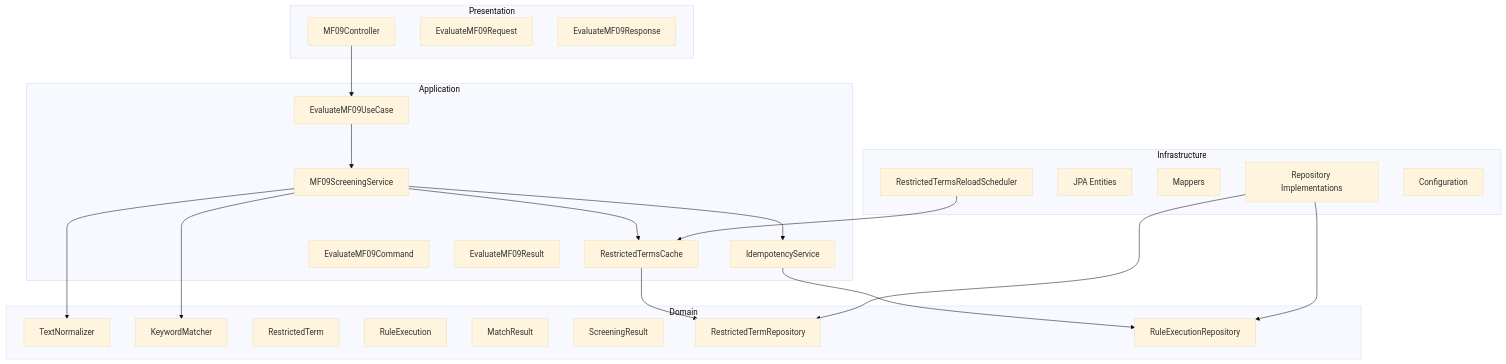
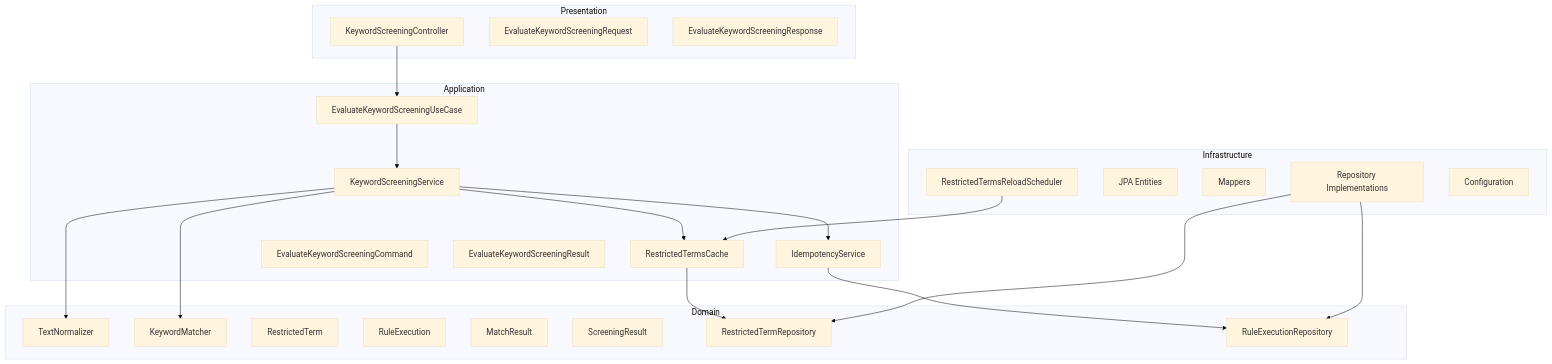
The second of 5 diagrams in .kiro/specs/mf09-keyword-screening/design.md (lemosanisio/keyword-screening), drawn with Mermaid (base theme) before and after one commit. The commit also changed other lines of this file and 246 other files, not shown here.

````diff
--- a/.kiro/specs/mf09-keyword-screening/design.md
+++ b/.kiro/specs/mf09-keyword-screening/design.md
@@ -43,48 +43,48 @@
 ```mermaid
 graph TD
     subgraph Presentation
-        CTRL[MF09Controller]
-        REQ[EvaluateMF09Request]
-        RESP[EvaluateMF09Response]
+        CTRL[KeywordScreeningController]
+        REQ[EvaluateKeywordScreeningRequest]
+        RESP[EvaluateKeywordScreeningResponse]
     end
 
     subgraph Application
-        UC[EvaluateMF09UseCase]
-        SVC[MF09ScreeningService]
+        UC[EvaluateKeywordScreeningUseCase]
+        SVC[KeywordScreeningService]
         IDEM[IdempotencyService]
         CACHE[RestrictedTermsCache]
-        CMD[EvaluateMF09Command]
-        RES[EvaluateMF09Result]
+        CMD[EvaluateKeywordScreeningCommand]
+        RES[EvaluateKeywordScreeningResult]
     end
 
     subgraph Domain
         NORM[TextNormalizer]
         MATCH[KeywordMatcher]
         RT[RestrictedTerm]
         RE[RuleExecution]
         MR[MatchResult]
         SR[ScreeningResult]
         REPO_RT[RestrictedTermRepository]
         REPO_RE[RuleExecutionRepository]
     end
 
     subgraph Infrastructure
         SCHED[RestrictedTermsReloadScheduler]
         ENTITY[JPA Entities]
         MAPPER[Mappers]
         REPO_IMPL[Repository Implementations]
         CONFIG[Configuration]
     end
 
     CTRL --> UC
     UC --> SVC
     SVC --> IDEM
     SVC --> CACHE
     SVC --> NORM
     SVC --> MATCH
     IDEM --> REPO_RE
     CACHE --> REPO_RT
     SCHED --> CACHE
     REPO_IMPL --> REPO_RT
     REPO_IMPL --> REPO_RE
 ```
````
